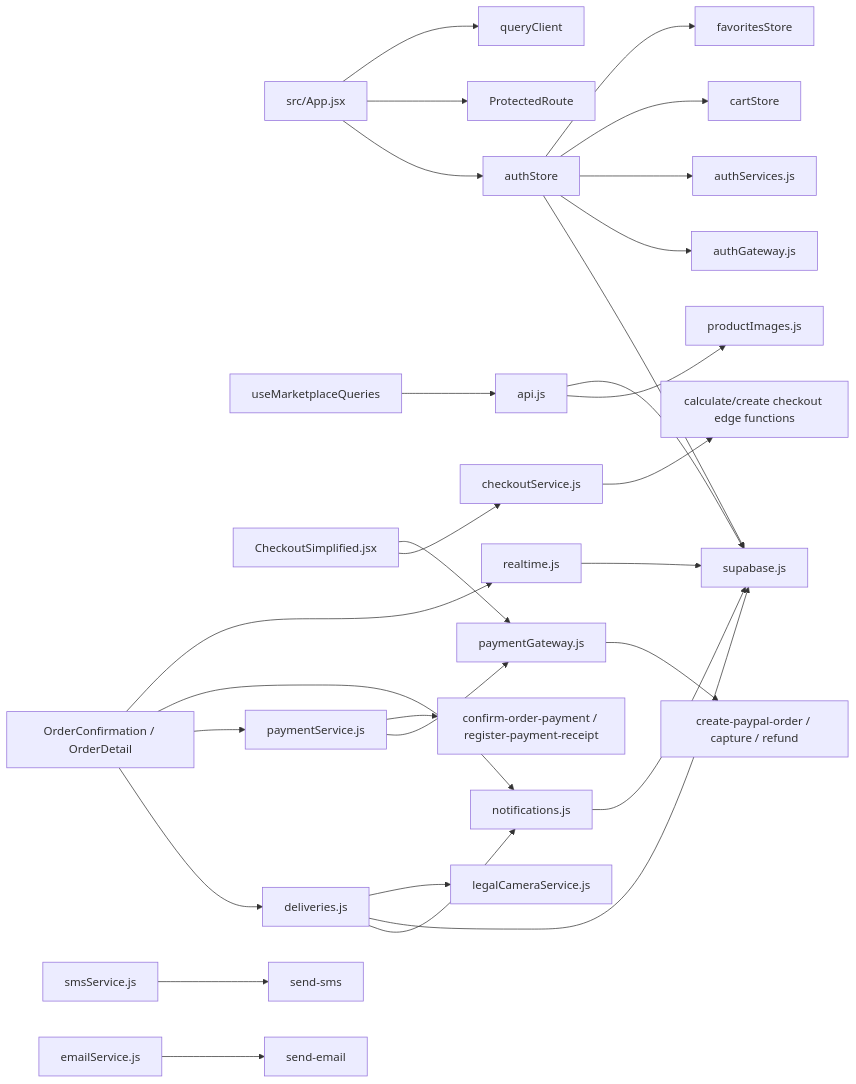
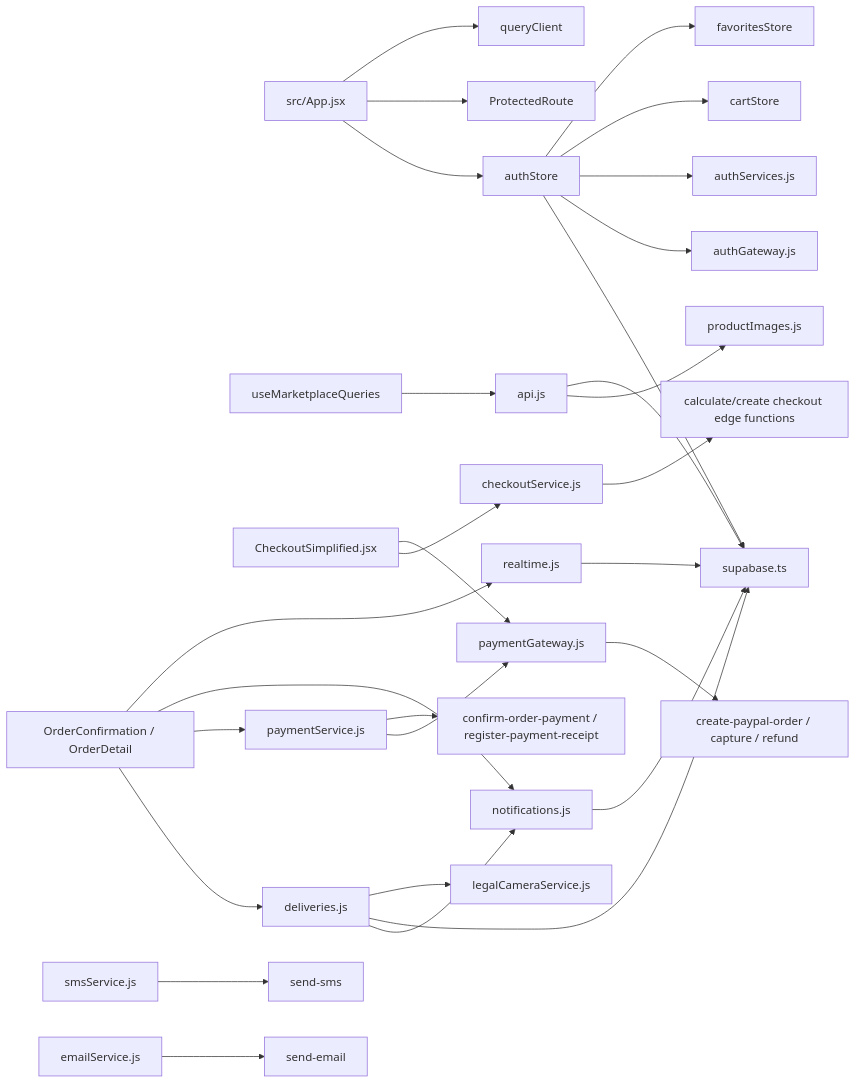
Before and after one commit to kermaouimarouane171-cmd/Qotoof: the ninth of 11 diagrams in SYSTEM_DESIGN.md, drawn with Mermaid. The commit also changed other lines of this file and 7 other files, not shown here.

````diff
--- a/SYSTEM_DESIGN.md
+++ b/SYSTEM_DESIGN.md
@@ -629,38 +629,38 @@
 ```mermaid
 flowchart LR
     App[src/App.jsx] --> AuthStore[authStore]
     App --> Protected[ProtectedRoute]
     App --> QueryClient[queryClient]
 
-    AuthStore --> SupabaseClient[supabase.js]
+    AuthStore --> SupabaseClient[supabase.ts]
     AuthStore --> AuthGateway[authGateway.js]
     AuthStore --> AuthServices[authServices.js]
     AuthStore --> CartStore[cartStore]
     AuthStore --> FavoritesStore[favoritesStore]
 
     MarketplaceHooks[useMarketplaceQueries] --> ApiService[api.js]
     ApiService --> ProductImages[productImages.js]
     ApiService --> SupabaseClient
 
     CheckoutPage[CheckoutSimplified.jsx] --> CheckoutService[checkoutService.js]
     CheckoutPage --> PaymentGateway[paymentGateway.js]
     CheckoutService --> EdgeCheckout[calculate/create checkout edge functions]
 
     OrderPages[OrderConfirmation / OrderDetail] --> Deliveries[deliveries.js]
     OrderPages --> PaymentService[paymentService.js]
     OrderPages --> Notifications[notifications.js]
     OrderPages --> Realtime[realtime.js]
 
     PaymentService --> PaymentGateway
     PaymentService --> PaymentEdges[confirm-order-payment / register-payment-receipt]
     PaymentGateway --> PayPalEdge[create-paypal-order / capture / refund]
 
     Deliveries --> Notifications
     Deliveries --> SupabaseClient
     Deliveries --> LegalCamera[legalCameraService.js]
 
     Realtime --> SupabaseClient
     Notifications --> SupabaseClient
     SMS[smsService.js] --> SendSmsEdge[send-sms]
     Email[emailService.js] --> SendEmailEdge[send-email]
 ```
````
